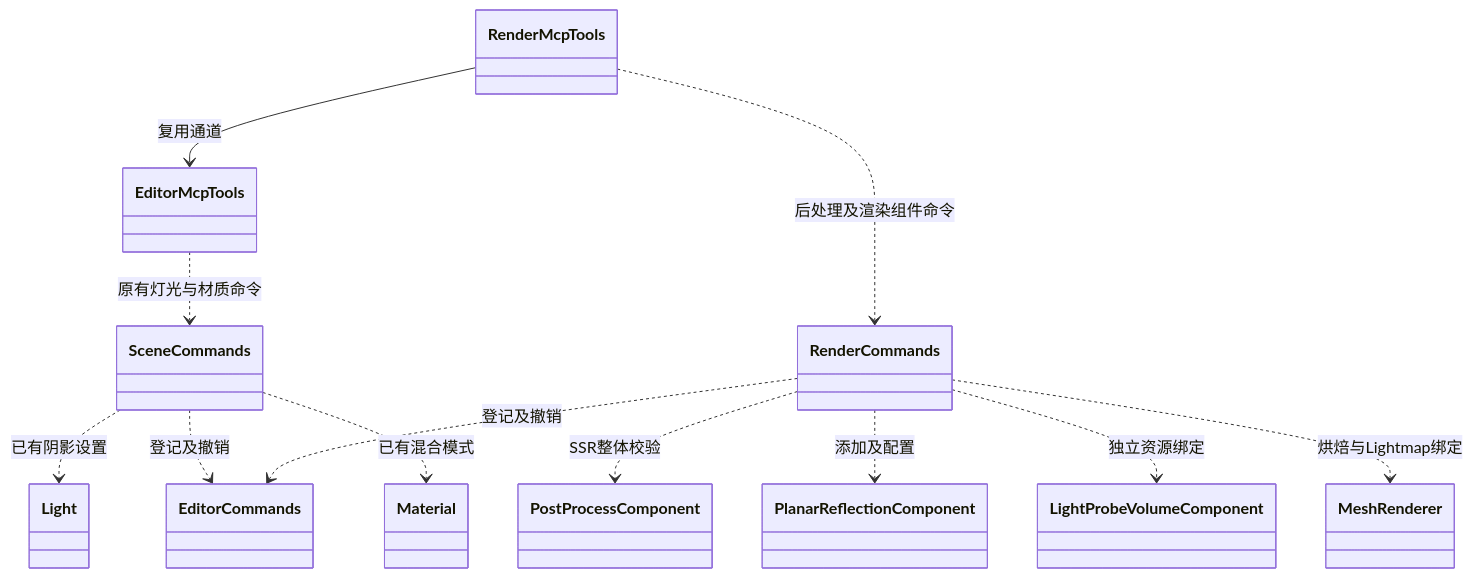
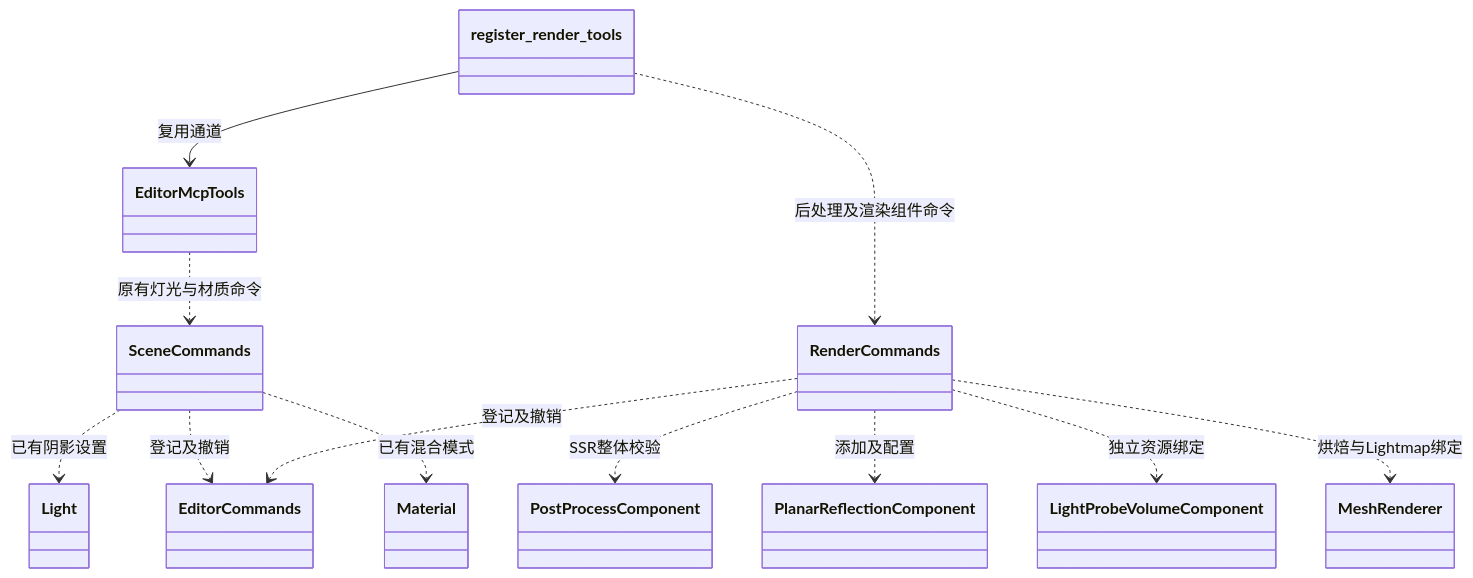
The second of 2 diagrams in docs/plugins/editor/class-diagrams/render-mcp-tools.md (lcals/Engine), drawn with Mermaid before and after one commit. The commit also changed other lines of this file and 195 other files, not shown here.

````diff
--- a/docs/plugins/editor/class-diagrams/render-mcp-tools.md
+++ b/docs/plugins/editor/class-diagrams/render-mcp-tools.md
@@ -37,25 +37,25 @@
 ```mermaid
 classDiagram
-    class RenderMcpTools
+    class register_render_tools
     class EditorMcpTools
     class RenderCommands
     class SceneCommands
     class EditorCommands
     class PostProcessComponent
     class PlanarReflectionComponent
     class LightProbeVolumeComponent
     class Light
     class Material
     class MeshRenderer
-    RenderMcpTools --> EditorMcpTools : 复用通道
-    RenderMcpTools ..> RenderCommands : 后处理及渲染组件命令
+    register_render_tools --> EditorMcpTools : 复用通道
+    register_render_tools ..> RenderCommands : 后处理及渲染组件命令
     EditorMcpTools ..> SceneCommands : 原有灯光与材质命令
     RenderCommands ..> EditorCommands : 登记及撤销
     SceneCommands ..> EditorCommands : 登记及撤销
     RenderCommands ..> PostProcessComponent : SSR整体校验
     RenderCommands ..> PlanarReflectionComponent : 添加及配置
     RenderCommands ..> LightProbeVolumeComponent : 独立资源绑定
     RenderCommands ..> MeshRenderer : 烘焙与Lightmap绑定
     SceneCommands ..> Light : 已有阴影设置
     SceneCommands ..> Material : 已有混合模式
 ```
````
